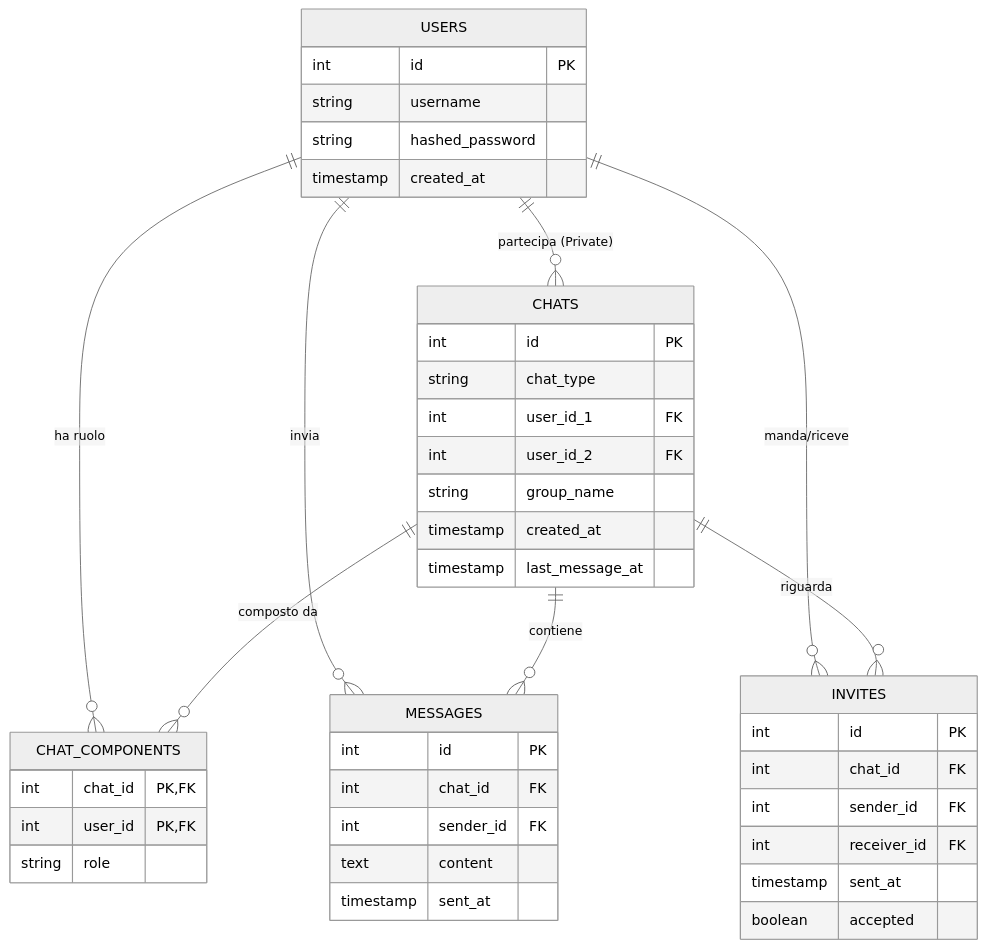
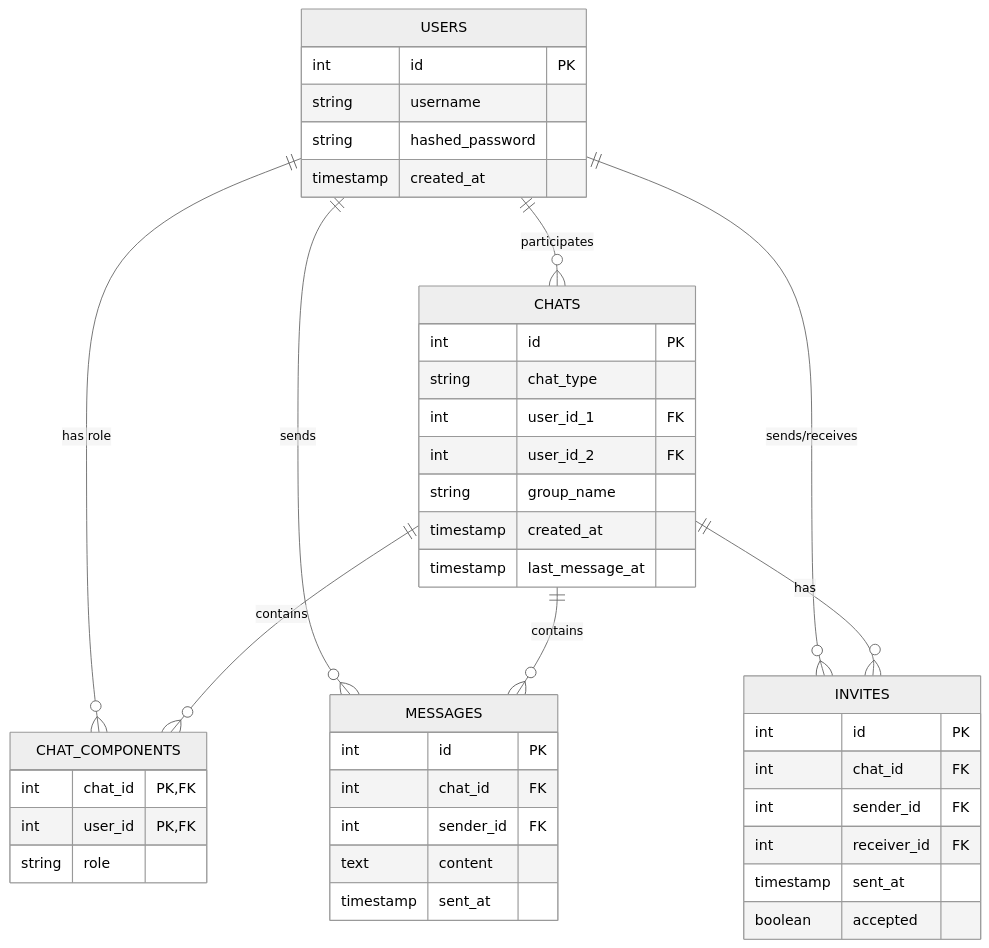
One commit to Fra44/ruggine-chat changed the diagram in README.md. Above: the diagram before and after it, drawn with Mermaid (neutral theme). The commit also changed other lines of this file, not shown here.

````diff
--- a/README.md
+++ b/README.md
@@ -101,51 +192,51 @@
 ```mermaid
 erDiagram
-    USERS ||--o{ CHATS : "partecipa (Private)"
-    USERS ||--o{ CHAT_COMPONENTS : "ha ruolo"
-    USERS ||--o{ MESSAGES : "invia"
-    USERS ||--o{ INVITES : "manda/riceve"
-    
-    CHATS ||--o{ CHAT_COMPONENTS : "composto da"
-    CHATS ||--o{ MESSAGES : "contiene"
-    CHATS ||--o{ INVITES : "riguarda"
+    USERS ||--o{ CHATS : "participates"
+    USERS ||--o{ CHAT_COMPONENTS : "has role"
+    USERS ||--o{ MESSAGES : "sends"
+    USERS ||--o{ INVITES : "sends/receives"
+
+    CHATS ||--o{ CHAT_COMPONENTS : "contains"
+    CHATS ||--o{ MESSAGES : "contains"
+    CHATS ||--o{ INVITES : "has"
 
     USERS {
         int id PK
         string username
         string hashed_password
         timestamp created_at
     }
 
     CHATS {
         int id PK
         string chat_type
         int user_id_1 FK
         int user_id_2 FK
         string group_name
         timestamp created_at
         timestamp last_message_at
     }
 
     CHAT_COMPONENTS {
         int chat_id PK, FK
         int user_id PK, FK
         string role
     }
 
     MESSAGES {
         int id PK
         int chat_id FK
         int sender_id FK
         text content
         timestamp sent_at
     }
 
     INVITES {
         int id PK
         int chat_id FK
         int sender_id FK
         int receiver_id FK
         timestamp sent_at
         boolean accepted
     }
 ```
````
